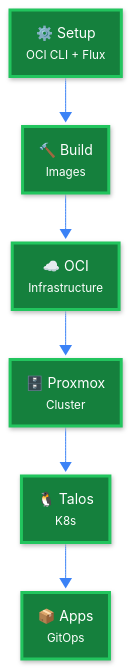
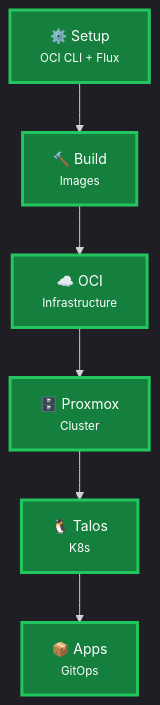
One commit to syscode-labs/oci-free-tier-manager changed the first of 18 diagrams in docs/ARCHITECTURE-DIAGRAMS.md. Above: the diagram before and after it, drawn with Mermaid. The commit also changed other lines of this file and 1 other file, not shown here.

First line of the commit message:
fix: switch to Mermaid dark theme for proper readability

````diff
--- a/docs/ARCHITECTURE-DIAGRAMS.md
+++ b/docs/ARCHITECTURE-DIAGRAMS.md
@@ -50,50 +50,23 @@
 ```mermaid
 ---
 config:
-  look: neo
-  theme: base
+  theme: dark
   themeVariables:
-    primaryColor: "#0891b2"
-    primaryTextColor: "#ffffff"
-    primaryBorderColor: "#06b6d4"
-    secondaryColor: "#7c3aed"
-    tertiaryColor: "#d97706"
-    background: "transparent"
-    mainBkg: "transparent"
-    secondBkg: "transparent"
-    lineColor: "#3b82f6"
-    border1: "#3b82f6"
-    border2: "#3b82f6"
-    arrowheadColor: "#3b82f6"
+    darkMode: true
     fontFamily: "arial"
     fontSize: "14px"
-    labelBackground: "transparent"
-    textColor: "#94a3b8"
-    nodeBorder: "#3b82f6"
-    clusterBkg: "transparent"
-    clusterBorder: "#3b82f6"
-    edgeLabelBackground: "transparent"
-    actorBorder: "#3b82f6"
-    actorBkg: "#0891b2"
-    actorTextColor: "#ffffff"
-    actorLineColor: "#3b82f6"
-    signalColor: "#3b82f6"
-    signalTextColor: "#ffffff"
-    labelBoxBkgColor: "#0891b2"
-    labelBoxBorderColor: "#3b82f6"
-    labelTextColor: "#ffffff"
   flowchart:
     useMaxWidth: true
     htmlLabels: true
     curve: basis
 ---
 flowchart TB
     Setup["⚙️ Setup<br/><small>OCI CLI + Flux</small>"] --> Build["🔨 Build<br/><small>Images</small>"]
     Build --> OCI["☁️ OCI<br/><small>Infrastructure</small>"]
     OCI --> Proxmox["🗄️ Proxmox<br/><small>Cluster</small>"]
     Proxmox --> Talos["🐧 Talos<br/><small>K8s</small>"]
     Talos --> Apps["📦 Apps<br/><small>GitOps</small>"]
     
     classDef phaseNode fill:#15803d,stroke:#22c55e,stroke-width:3px,color:#fff,font-size:14px
     class Setup,Build,OCI,Proxmox,Talos,Apps phaseNode
 ```
````
